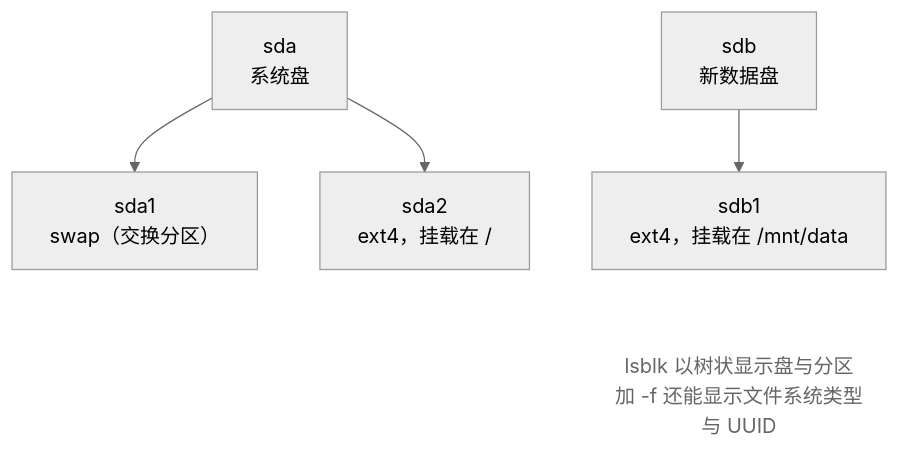
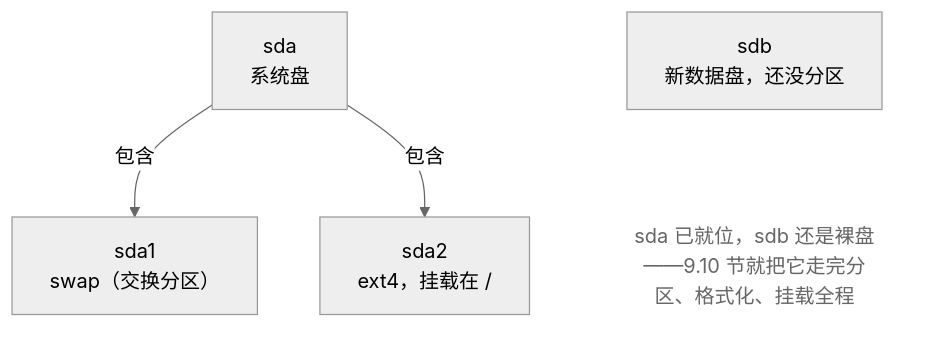
Before and after one commit to wangxiangnan/wangxiangnan.github.io: the second of 3 diagrams in src/linux-command/ch09.md, drawn with Mermaid (neutral theme). The commit also changed other lines of this file and 25 other files, not shown here.

````diff
--- a/src/linux-command/ch09.md
+++ b/src/linux-command/ch09.md
@@ -84,16 +84,14 @@
 ```mermaid
 flowchart TB
     SDA["sda<br>系统盘"]
-    SDB["sdb<br>新数据盘"]
     SDA1["sda1<br>swap（交换分区）"]
     SDA2["sda2<br>ext4，挂载在 /"]
-    SDB1["sdb1<br>ext4，挂载在 /mnt/data"]
-    N["lsblk 以树状显示盘与分区<br>加 -f 还能显示文件系统类型与 UUID"]
+    SDB["sdb<br>新数据盘，还没分区"]
+    N["sda 已就位，sdb 还是裸盘——9.10 节就把它走完分区、格式化、挂载全程"]
 
-    SDA --> SDA1 & SDA2
-    SDB --> SDB1
-    SDB1 ~~~ N
+    SDA -->|包含| SDA1 & SDA2
+    SDB ~~~ N
 
     classDef note fill:none,stroke:none,color:#666
     class N note
 ```
````
